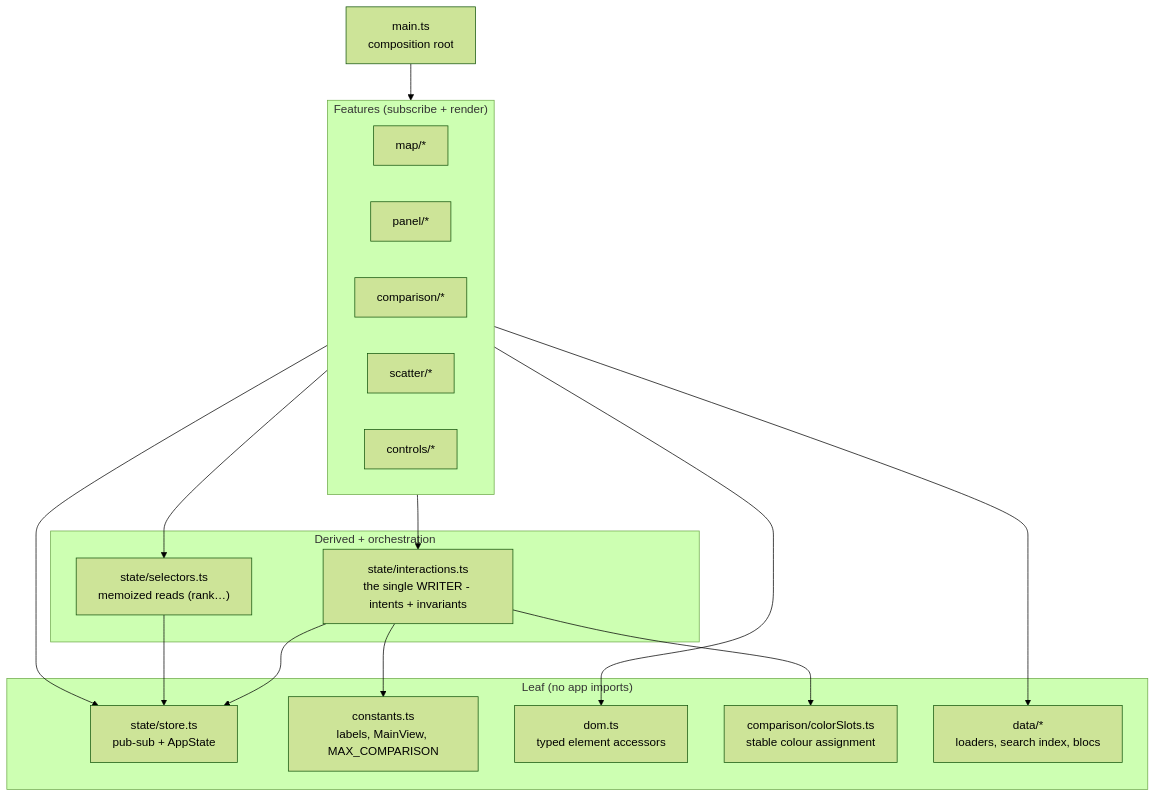
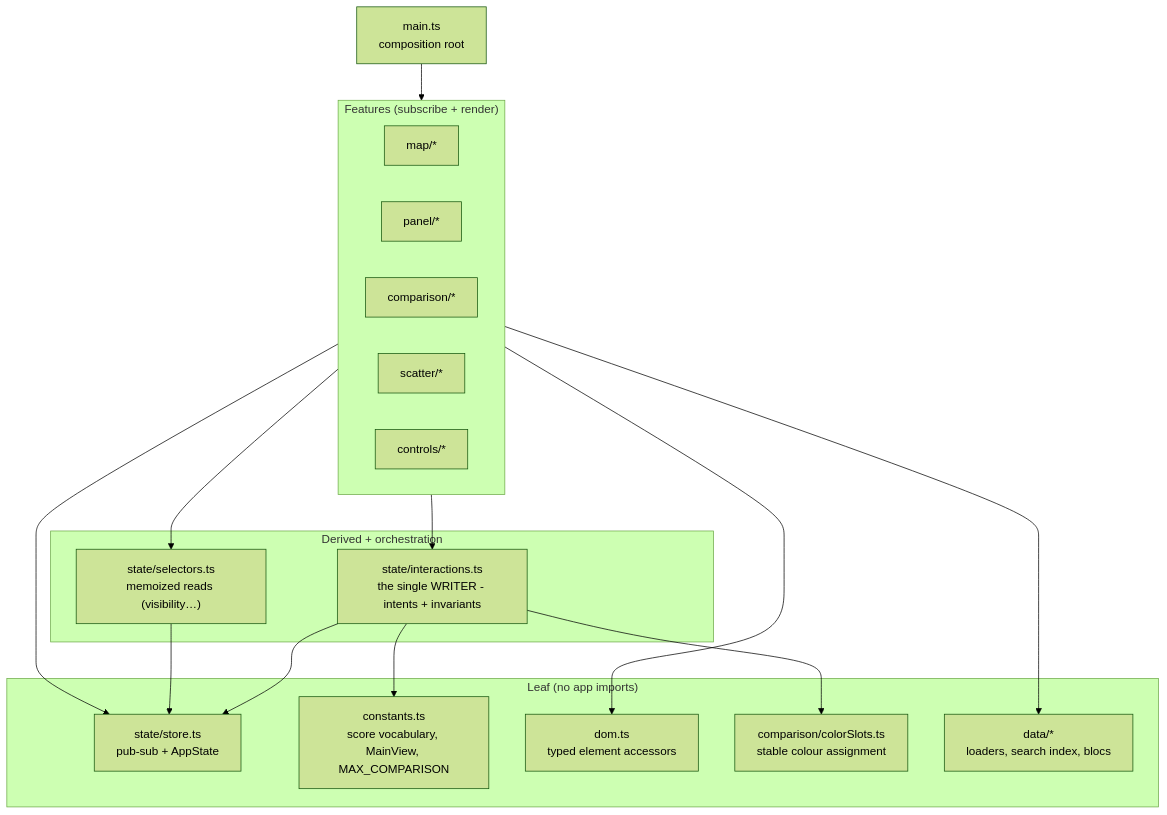
Before and after one commit to riadeane/airegulationmap: the first of 2 diagrams in src/ARCHITECTURE.md, drawn with Mermaid (forest theme). The commit also changed other lines of this file and 3 other files, not shown here.

First line of the commit message:
docs: describe the score vocabulary, the two lenses and the new modules

````diff
--- a/src/ARCHITECTURE.md
+++ b/src/ARCHITECTURE.md
@@ -20,36 +20,36 @@
 ```mermaid
 flowchart TD
   subgraph Leaf["Leaf (no app imports)"]
     store["state/store.ts<br/>pub-sub + AppState"]
-    constants["constants.ts<br/>labels, MainView, MAX_COMPARISON"]
+    constants["constants.ts<br/>score vocabulary, MainView, MAX_COMPARISON"]
     dom["dom.ts<br/>typed element accessors"]
     colorSlots["comparison/colorSlots.ts<br/>stable colour assignment"]
     dataLayer["data/*<br/>loaders, search index, blocs"]
   end
 
   subgraph Derive["Derived + orchestration"]
-    selectors["state/selectors.ts<br/>memoized reads (rank…)"]
+    selectors["state/selectors.ts<br/>memoized reads (visibility…)"]
     interactions["state/interactions.ts<br/>the single WRITER - intents + invariants"]
   end
 
   subgraph Features["Features (subscribe + render)"]
     map["map/*"]
     panel["panel/*"]
     comparison["comparison/*"]
     scatter["scatter/*"]
     controls["controls/*"]
   end
 
   root["main.ts<br/>composition root"]
 
   interactions --> store
   interactions --> constants
   interactions --> colorSlots
   selectors --> store
   Features --> interactions
   Features --> selectors
   Features --> store
   Features --> dom
   Features --> dataLayer
   root --> Features
 ```
````
